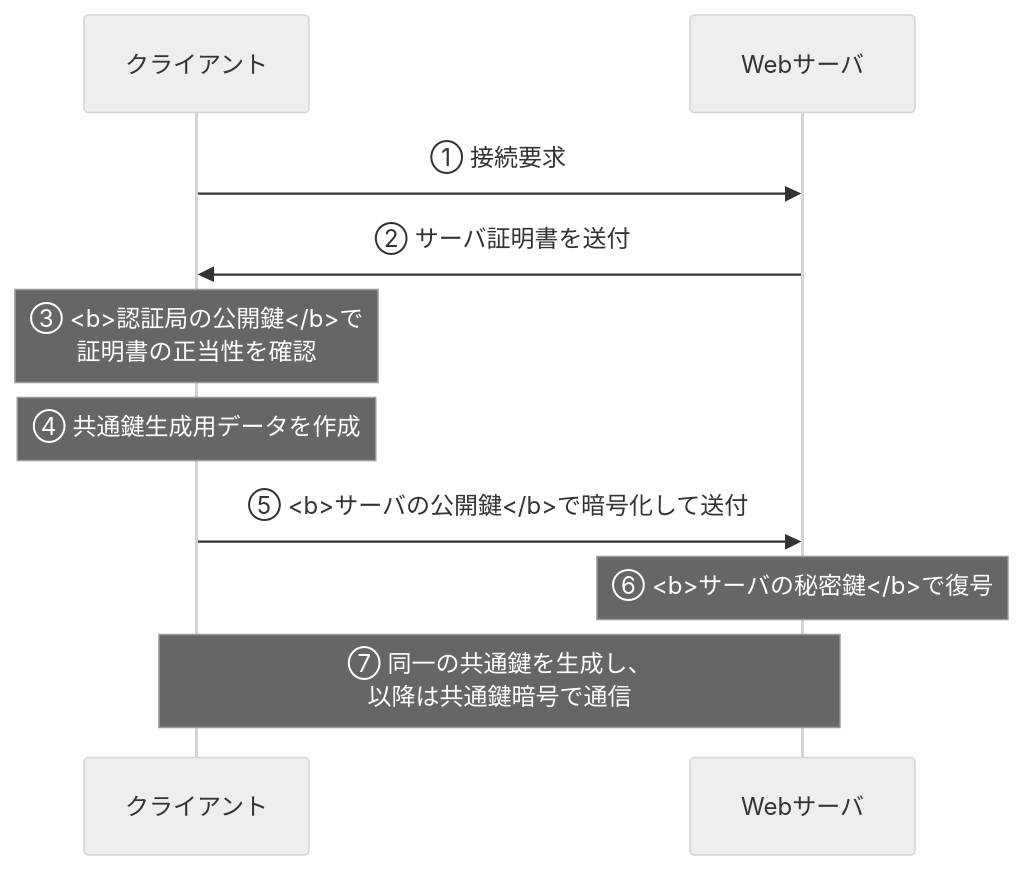
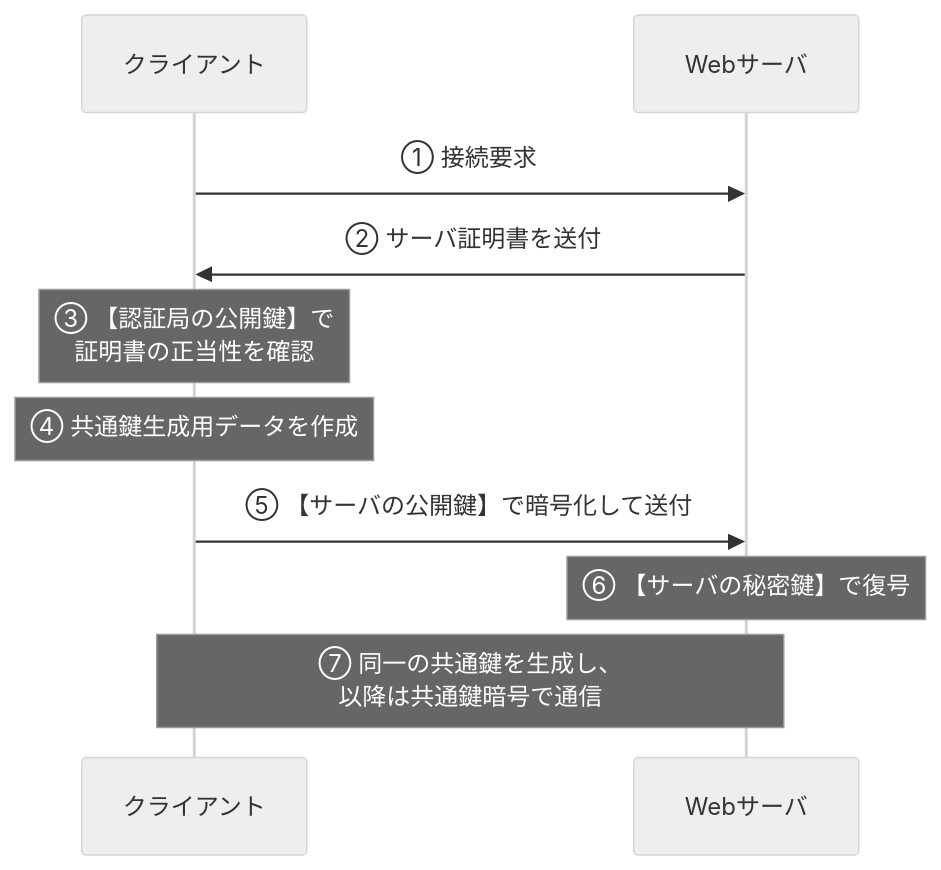
Before and after one commit to yoppi0650-ai/network-notes: the first of 3 diagrams in AM/11-security/11-5-セキュリティ実装技術.md, drawn with Mermaid (neutral theme). The commit also changed other lines of this file and 6 other files, not shown here.

First line of the commit message:
Mermaid図55点をGitHubで正しく描画されるよう修正

````diff
--- a/AM/11-security/11-5-セキュリティ実装技術.md
+++ b/AM/11-security/11-5-セキュリティ実装技術.md
@@ -26,12 +26,12 @@
 ```mermaid
 sequenceDiagram
   participant C as クライアント
   participant S as Webサーバ
   C->>S: ① 接続要求
   S->>C: ② サーバ証明書を送付
-  Note over C: ③ <b>認証局の公開鍵</b>で<br/>証明書の正当性を確認
+  Note over C: ③ 【認証局の公開鍵】で<br/>証明書の正当性を確認
   Note over C: ④ 共通鍵生成用データを作成
-  C->>S: ⑤ <b>サーバの公開鍵</b>で暗号化して送付
-  Note over S: ⑥ <b>サーバの秘密鍵</b>で復号
+  C->>S: ⑤ 【サーバの公開鍵】で暗号化して送付
+  Note over S: ⑥ 【サーバの秘密鍵】で復号
   Note over C,S: ⑦ 同一の共通鍵を生成し、<br/>以降は共通鍵暗号で通信
 ```
````
